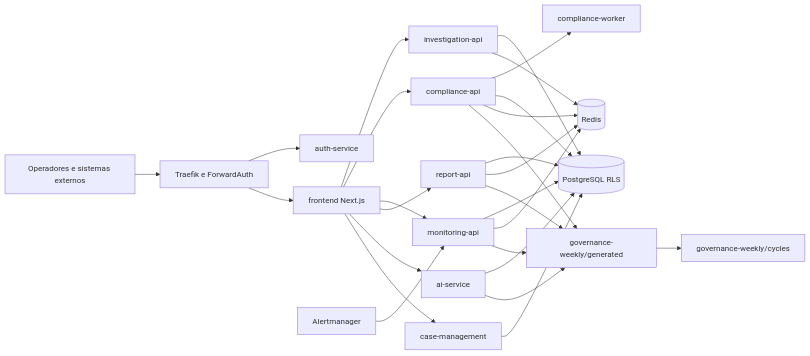
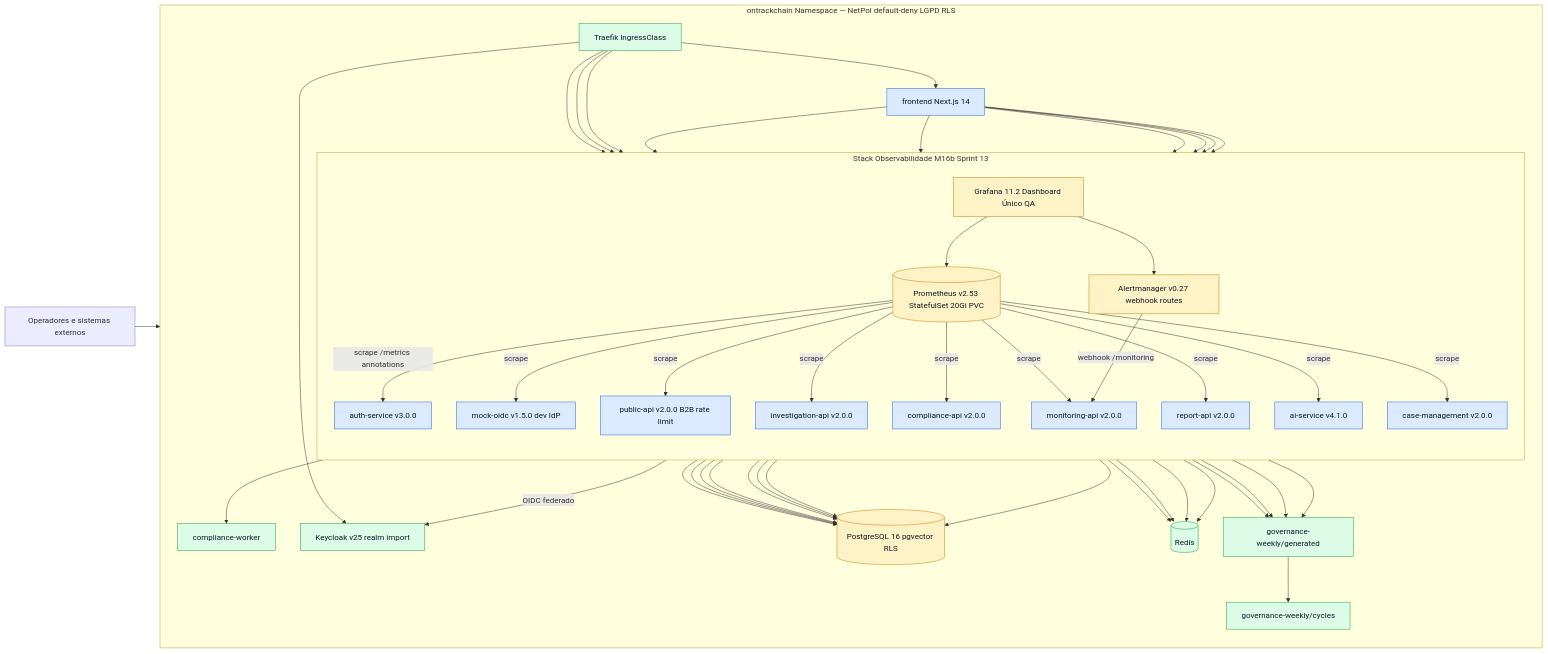
One commit to Jistriane/Ontrackchain changed the diagram in ontrackchain/docs/architecture.md. Above: the diagram before and after it, drawn with Mermaid. The commit also changed other lines of this file and 4 other files, not shown here.

````diff
--- a/ontrackchain/docs/architecture.md
+++ b/ontrackchain/docs/architecture.md
@@ -9,32 +9,65 @@
 ```mermaid
 flowchart LR
-    U[Operadores e sistemas externos] --> T[Traefik e ForwardAuth]
-    T --> A[auth-service]
-    T --> F[frontend Next.js]
-    F --> I[investigation-api]
-    F --> C[compliance-api]
-    F --> M[monitoring-api]
-    F --> R[report-api]
-    F --> AI[ai-service]
-    F --> CM[case-management]
-    C --> CW[compliance-worker]
-    AM[Alertmanager] --> M
+    U[Operadores e sistemas externos] --> T[Traefik IngressClass]
+    subgraph K8s_NS[ontrackchain Namespace — NetPol default-deny LGPD RLS]
+      direction TB
+      T --> A[auth-service v3.0.0]
+      T --> MO[mock-oidc v1.5.0 dev IdP]
+      T --> PA[public-api v2.0.0 B2B rate limit]
+      T --> F[frontend Next.js 14]
+      F --> I[investigation-api v2.0.0]
+      F --> C[compliance-api v2.0.0]
+      F --> M[monitoring-api v2.0.0]
+      F --> R[report-api v2.0.0]
+      F --> AI[ai-service v4.1.0]
+      F --> CM[case-management v2.0.0]
+      C --> CW[compliance-worker]
+      A -->|OIDC federado| KC[Keycloak v25 realm import]
+      T --> KC
 
-    I --> P[(PostgreSQL RLS)]
-    C --> P
-    M --> P
-    R --> P
-    AI --> P
-    CM --> P
+      I --> P[(PostgreSQL 16 pgvector RLS)]
+      C --> P
+      M --> P
+      R --> P
+      AI --> P
+      CM --> P
+      PA --> P
+      A --> P
 
-    I --> X[(Redis)]
-    C --> X
-    M --> X
-    R --> X
+      I --> X[(Redis)]
+      C --> X
+      M --> X
+      R --> X
 
-    C --> G[governance-weekly/generated]
-    M --> G
-    R --> G
-    AI --> G
-    G --> CY[governance-weekly/cycles]
+      subgraph OBS[Stack Observabilidade M16b Sprint 13]
+        direction TB
+        PR[(Prometheus v2.53 StatefulSet 20Gi PVC)]
+        G[Grafana 11.2 Dashboard Único QA]
+        AM[Alertmanager v0.27 webhook routes]
+        PR -->|scrape /metrics annotations| A
+        PR -->|scrape| MO
+        PR -->|scrape| PA
+        PR -->|scrape| I
+        PR -->|scrape| C
+        PR -->|scrape| M
+        PR -->|scrape| R
+        PR -->|scrape| AI
+        PR -->|scrape| CM
+        G --> PR
+        G --> AM
+        AM -->|webhook /monitoring| M
+      end
+
+      C --> GOV[governance-weekly/generated]
+      M --> GOV
+      R --> GOV
+      AI --> GOV
+      GOV --> CY[governance-weekly/cycles]
+    end
+    classDef svc fill:#dbeafe,stroke:#2563eb,color:#111827;
+    classDef infra fill:#dcfce7,stroke:#16a34a,color:#111827;
+    classDef stateful fill:#fef3c7,stroke:#d97706,color:#111827;
+    class A,MO,PA,I,C,M,R,AI,CM,F svc;
+    class T,X,CW,GOV,CY,KC infra;
+    class P,PR,G,AM stateful;
 ```
````
